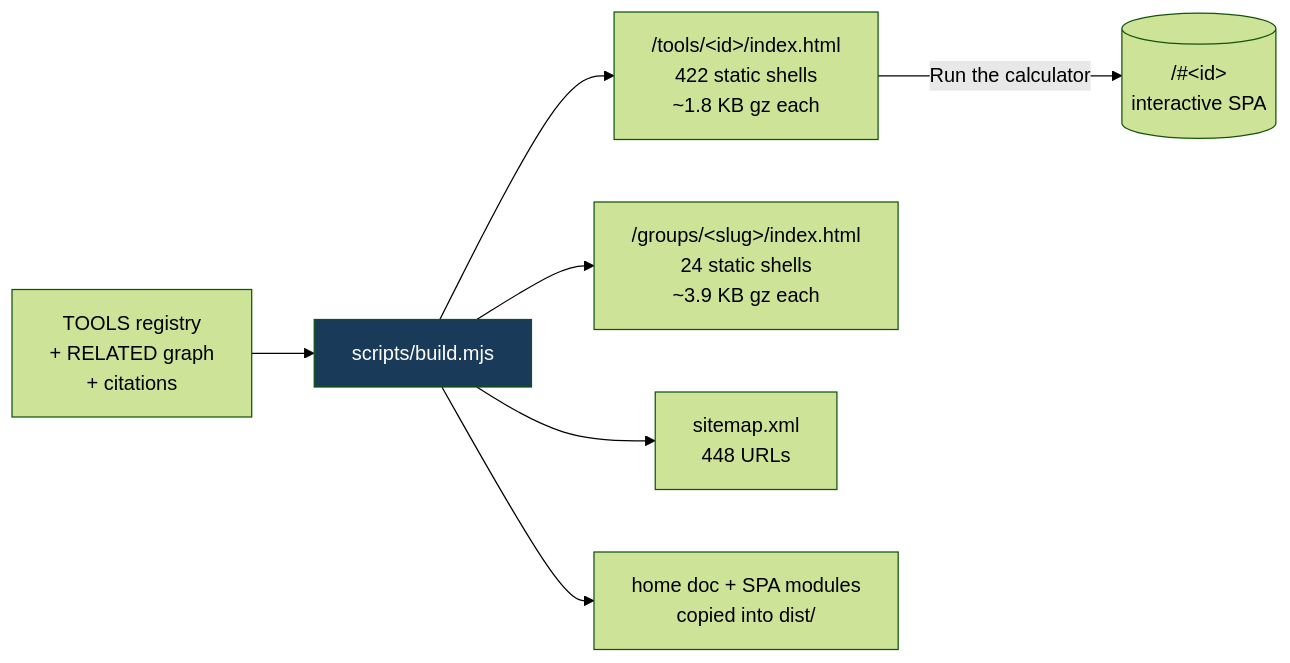
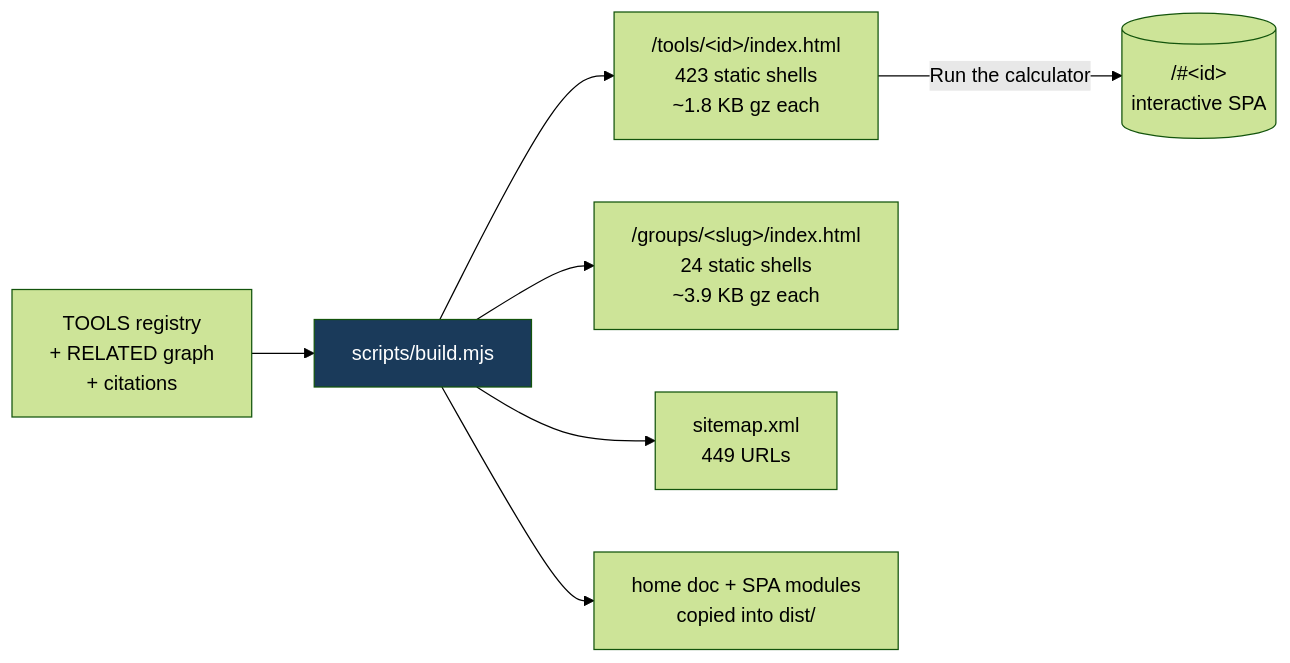
Before and after one commit to clay-good/roughlogic.com: the third of 5 diagrams in README.md, drawn with Mermaid (forest theme). The commit also changed other lines of this file and 14 other files, not shown here.

````diff
--- a/README.md
+++ b/README.md
@@ -184,10 +184,10 @@
 ```mermaid
 flowchart LR
     SRC[TOOLS registry\n+ RELATED graph\n+ citations] --> BUILD[scripts/build.mjs]
-    BUILD --> TILE["/tools/&lt;id&gt;/index.html\n422 static shells\n~1.8 KB gz each"]
+    BUILD --> TILE["/tools/&lt;id&gt;/index.html\n423 static shells\n~1.8 KB gz each"]
     BUILD --> GROUP["/groups/&lt;slug&gt;/index.html\n24 static shells\n~3.9 KB gz each"]
-    BUILD --> MAP["sitemap.xml\n448 URLs"]
+    BUILD --> MAP["sitemap.xml\n449 URLs"]
     BUILD --> COPY[home doc + SPA modules\ncopied into dist/]
     TILE -->|Run the calculator| SPA[("/#&lt;id&gt;\ninteractive SPA")]
     style BUILD fill:#1a3a5a,color:#fff
 ```
````
